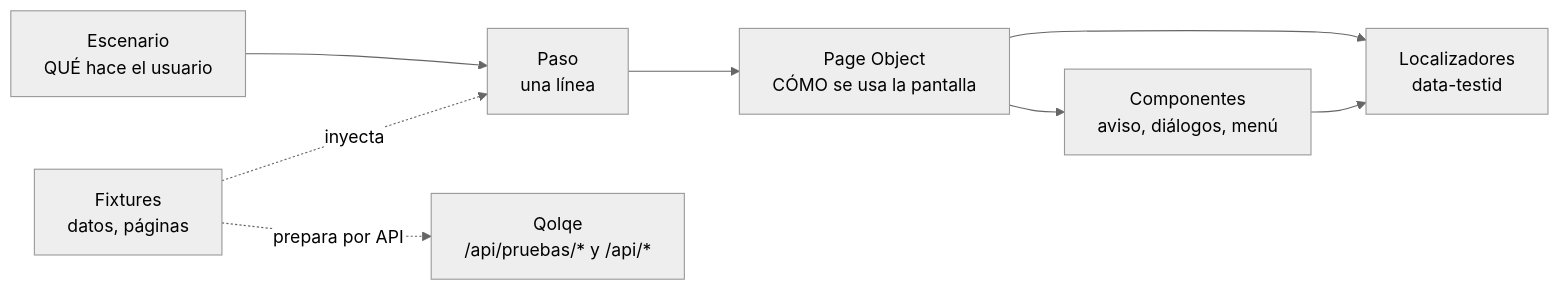
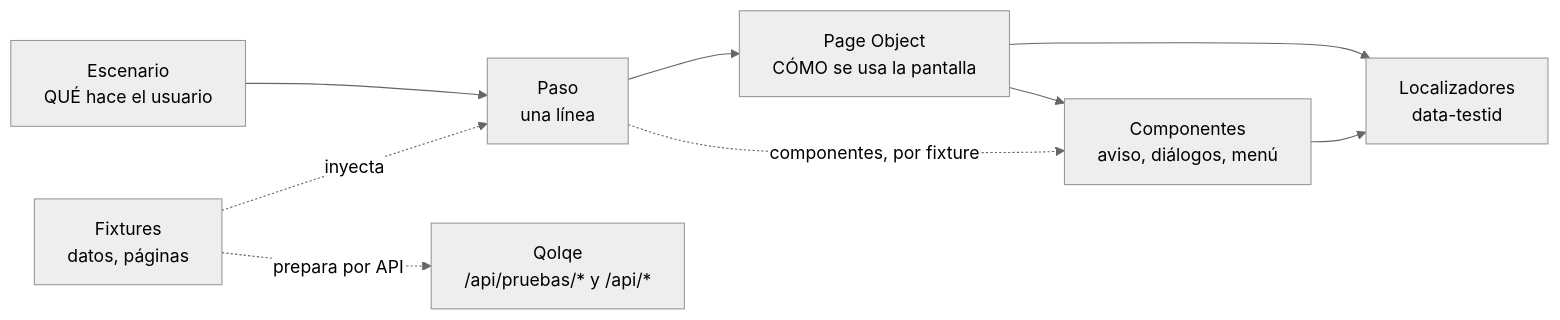
Before and after one commit to Joharjbe/qolqe-wallet: the fourth of 4 diagrams in docs/arquitectura.md, drawn with Mermaid (neutral theme). The commit also changed other lines of this file and 64 other files, not shown here.

````diff
--- a/docs/arquitectura.md
+++ b/docs/arquitectura.md
@@ -324,10 +418,11 @@
 ```mermaid
 flowchart LR
   E["Escenario<br/>QUÉ hace el usuario"] --> P["Paso<br/>una línea"]
   P --> PO["Page Object<br/>CÓMO se usa la pantalla"]
   PO --> C["Componentes<br/>aviso, diálogos, menú"]
+  P -.->|"componentes, por fixture"| C
   PO --> L["Localizadores<br/>data-testid"]
   C --> L
   F["Fixtures<br/>datos, páginas"] -. inyecta .-> P
   F -. prepara por API .-> Q["Qolqe<br/>/api/pruebas/* y /api/*"]
 ```
````
